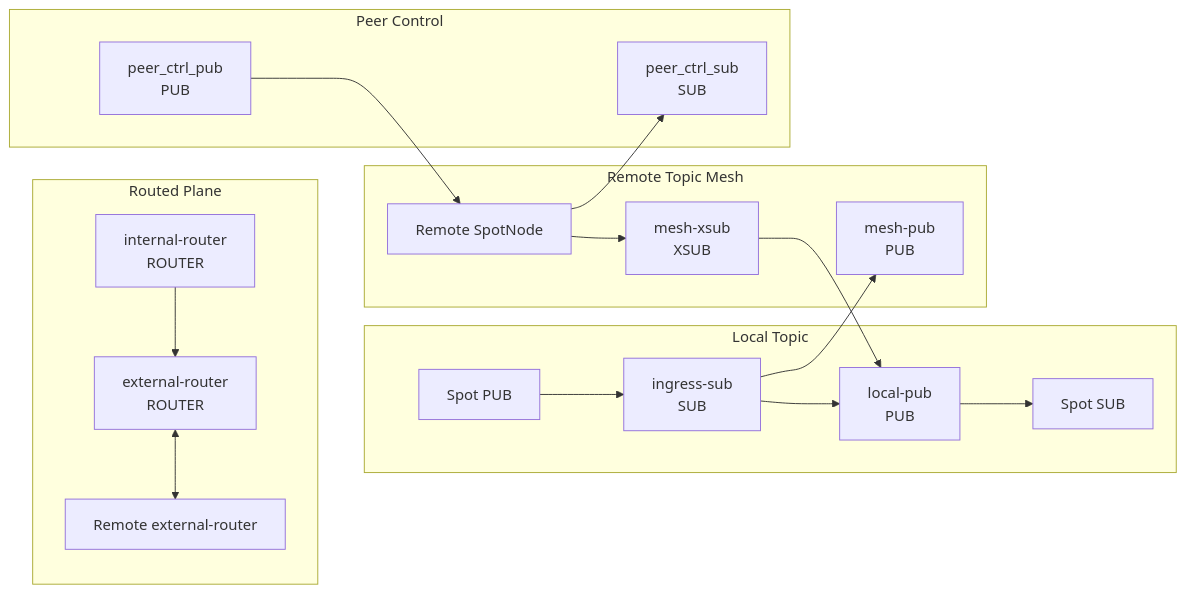
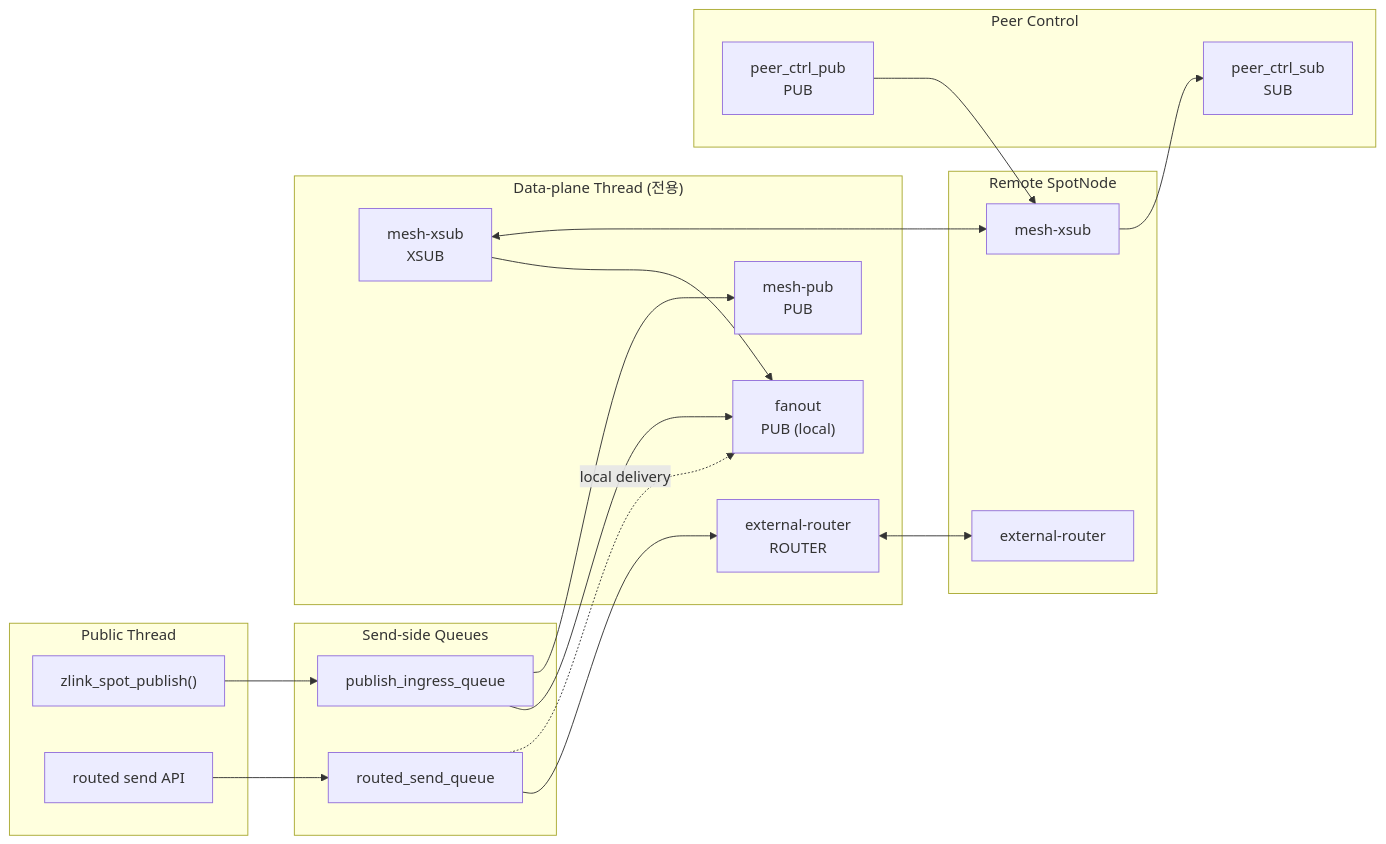
One commit to kairos-code-dev/zlink changed the second of 11 diagrams in doc/internals/spot-internals.ko.md. Above: the diagram before and after it, drawn with Mermaid. The commit also changed other lines of this file and 25 other files, not shown here.

Commit message:
Implement spot publish ingress data plane

````diff
--- a/doc/internals/spot-internals.ko.md
+++ b/doc/internals/spot-internals.ko.md
@@ -111,39 +127,41 @@
 ```mermaid
 flowchart LR
-    subgraph LocalTopic["Local Topic"]
-        spot_pub["Spot PUB"]
-        ingress_sub["ingress-sub<br/>SUB"]
-        local_pub["local-pub<br/>PUB"]
-        spot_sub["Spot SUB"]
+    subgraph PublicPath["Public Thread"]
+        pub_api["zlink_spot_publish()"]
+        route_api["routed send API"]
     end
 
-    subgraph RemoteTopic["Remote Topic Mesh"]
+    subgraph SendQueues["Send-side Queues"]
+        piq["publish_ingress_queue"]
+        rsq["routed_send_queue"]
+    end
+
+    subgraph DataPlane["Data-plane Thread (전용)"]
+        fanout["fanout<br/>PUB (local)"]
         mesh_pub["mesh-pub<br/>PUB"]
         mesh_xsub["mesh-xsub<br/>XSUB"]
-        remote_topic["Remote SpotNode"]
-    end
-
-    subgraph RoutedPlane["Routed Plane"]
-        internal_router["internal-router<br/>ROUTER"]
         external_router["external-router<br/>ROUTER"]
-        remote_router["Remote external-router"]
     end
 
     subgraph ControlPlane["Peer Control"]
         peer_ctrl_pub["peer_ctrl_pub<br/>PUB"]
         peer_ctrl_sub["peer_ctrl_sub<br/>SUB"]
     end
 
-    spot_pub --> ingress_sub
-    ingress_sub --> local_pub
-    local_pub --> spot_sub
-    ingress_sub --> mesh_pub
-    remote_topic --> mesh_xsub
-    mesh_xsub --> local_pub
+    subgraph RemoteNode["Remote SpotNode"]
+        remote_mesh["mesh-xsub"]
+        remote_router["external-router"]
+    end
 
-    internal_router --> external_router
+    pub_api --> piq
+    route_api --> rsq
+    piq --> fanout
+    piq --> mesh_pub
+    rsq --> external_router
+    rsq -.->|local delivery| fanout
+    mesh_xsub --> fanout
+    mesh_xsub <--> remote_mesh
     external_router <--> remote_router
-
-    peer_ctrl_pub --> remote_topic
-    remote_topic --> peer_ctrl_sub
+    peer_ctrl_pub --> remote_mesh
+    remote_mesh --> peer_ctrl_sub
 ```
````
